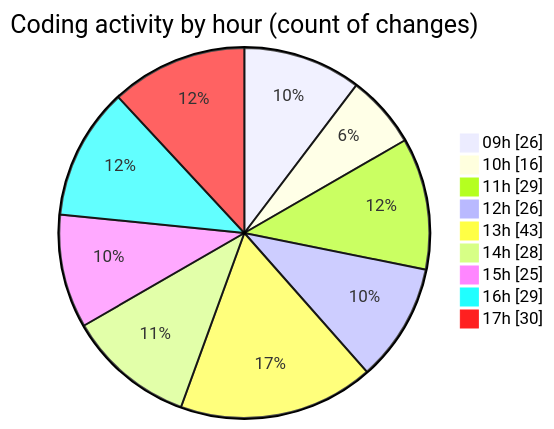
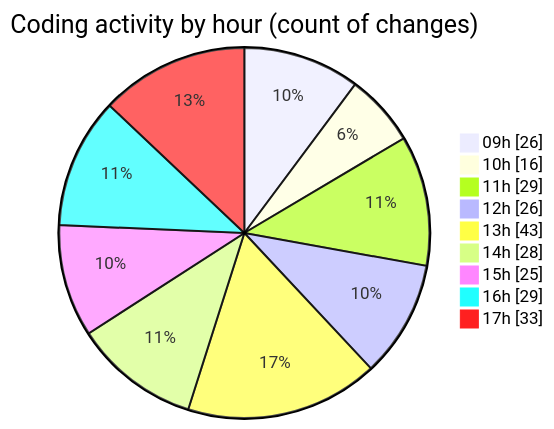
One commit to momahboobian/code-tracking changed the second of 2 diagrams in 2025-11-17/cda/README.md. Above: the diagram before and after it, drawn with Mermaid. The commit also changed other lines of this file and 1 other file, not shown here.

````diff
--- a/2025-11-17/cda/README.md
+++ b/2025-11-17/cda/README.md
@@ -46,13 +46,13 @@
 ```mermaid
 pie showData
 title Coding activity by hour (count of changes)
 "09h" : 26
 "10h" : 16
 "11h" : 29
 "12h" : 26
 "13h" : 43
 "14h" : 28
 "15h" : 25
 "16h" : 29
-"17h" : 30
+"17h" : 33
 ```
````
